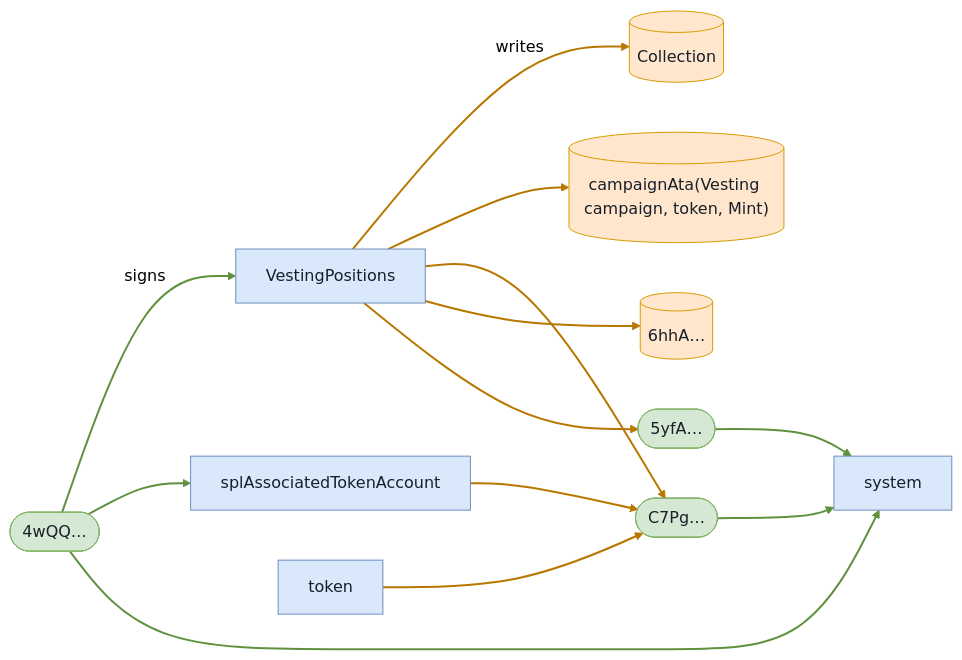
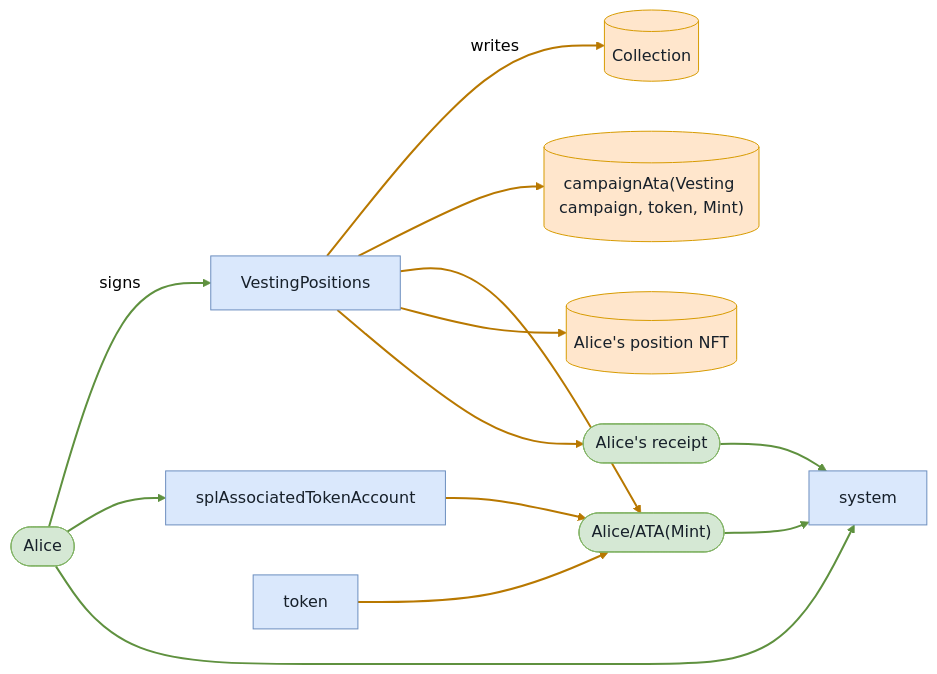
Before and after one commit to cds-turbin3/vesting-position: the fifth of 6 diagrams in babelfish-tests/test-report/scenario_10_claim_before_start_fails.md, drawn with Mermaid (neutral theme). The commit also changed other lines of this file and 104 other files, not shown here.

````diff
--- a/babelfish-tests/test-report/scenario_10_claim_before_start_fails.md
+++ b/babelfish-tests/test-report/scenario_10_claim_before_start_fails.md
@@ -245,30 +244,30 @@
 ```mermaid
 flowchart LR
     VestingPositions["VestingPositions"]:::program
-    n4wQQ(["4wQQ…"]):::signer
+    Alice(["Alice"]):::signer
     Collection[("Collection")]:::state
     campaignAtaVestingcampaigntokenMint[("campaignAta(Vesting campaign, token, Mint)")]:::state
-    C7Pg(["C7Pg…"]):::signer
-    n6hhA[("6hhA…")]:::state
-    n5yfA(["5yfA…"]):::signer
+    AliceATAMint(["Alice/ATA(Mint)"]):::signer
+    AlicespositionNFT[("Alice's position NFT")]:::state
+    Alicesreceipt(["Alice's receipt"]):::signer
     splAssociatedTokenAccount["splAssociatedTokenAccount"]:::program
     token["token"]:::program
     system["system"]:::program
-    n4wQQ -->|signs| VestingPositions
+    Alice -->|signs| VestingPositions
     VestingPositions -->|writes| Collection
     VestingPositions --> campaignAtaVestingcampaigntokenMint
-    VestingPositions --> C7Pg
-    VestingPositions --> n6hhA
-    VestingPositions --> n5yfA
-    n4wQQ --> splAssociatedTokenAccount
-    splAssociatedTokenAccount --> C7Pg
-    n4wQQ --> system
-    C7Pg --> system
-    token --> C7Pg
-    n5yfA --> system
+    VestingPositions --> AliceATAMint
+    VestingPositions --> AlicespositionNFT
+    VestingPositions --> Alicesreceipt
+    Alice --> splAssociatedTokenAccount
+    splAssociatedTokenAccount --> AliceATAMint
+    Alice --> system
+    AliceATAMint --> system
+    token --> AliceATAMint
+    Alicesreceipt --> system
     classDef program fill:#dae8fc,stroke:#6c8ebf,color:#17202a;
     classDef signer fill:#d5e8d4,stroke:#82b366,color:#17202a;
     classDef state fill:#ffe6cc,stroke:#d79b00,color:#17202a;
     linkStyle 0,6,8,9,11 stroke:#5f913f,stroke-width:2px
     linkStyle 1,2,3,4,5,7,10 stroke:#b87800,stroke-width:2px
 ```
````
